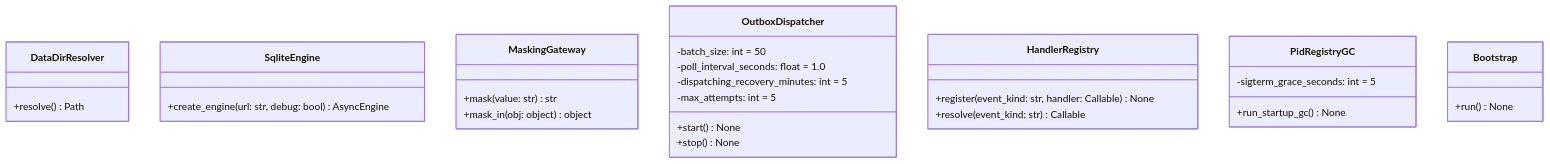
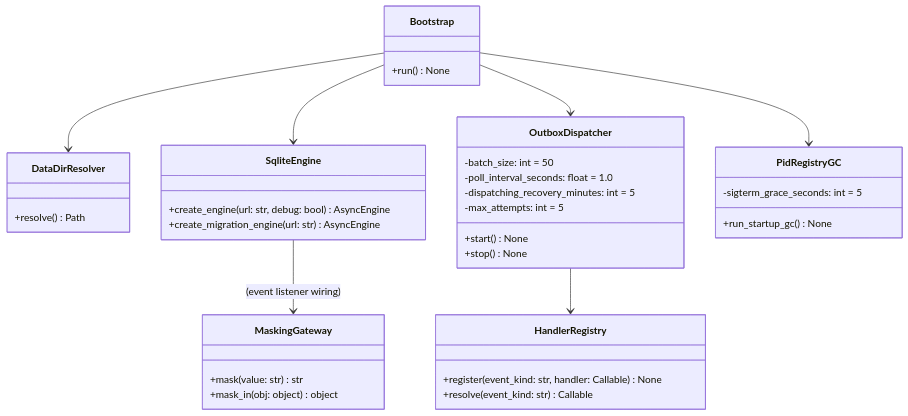
Before and after one commit to bakufu-dev/bakufu: the diagram in docs/features/persistence-foundation/detailed-design.md, drawn with Mermaid. The commit also changed other lines of this file and 10 other files, not shown here.

````diff
--- a/docs/features/persistence-foundation/detailed-design.md
+++ b/docs/features/persistence-foundation/detailed-design.md
@@ -14,32 +30,40 @@
 ```mermaid
 classDiagram
     class DataDirResolver {
         +resolve() Path
     }
     class SqliteEngine {
         +create_engine(url: str, debug: bool) AsyncEngine
+        +create_migration_engine(url: str) AsyncEngine
     }
     class MaskingGateway {
         +mask(value: str) str
         +mask_in(obj: object) object
     }
     class OutboxDispatcher {
         +start() None
         +stop() None
         -batch_size: int = 50
         -poll_interval_seconds: float = 1.0
         -dispatching_recovery_minutes: int = 5
         -max_attempts: int = 5
     }
     class HandlerRegistry {
         +register(event_kind: str, handler: Callable) None
         +resolve(event_kind: str) Callable
     }
     class PidRegistryGC {
         +run_startup_gc() None
         -sigterm_grace_seconds: int = 5
     }
     class Bootstrap {
         +run() None
     }
+
+    Bootstrap --> DataDirResolver
+    Bootstrap --> SqliteEngine
+    Bootstrap --> PidRegistryGC
+    Bootstrap --> OutboxDispatcher
+    SqliteEngine --> MaskingGateway : (event listener wiring)
+    OutboxDispatcher --> HandlerRegistry
 ```
````
